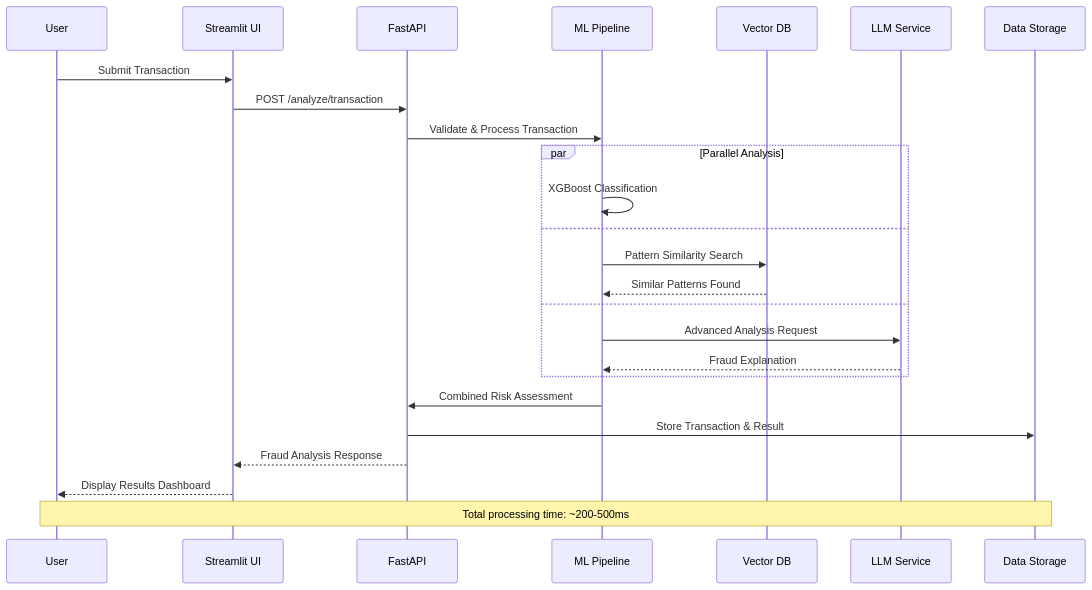
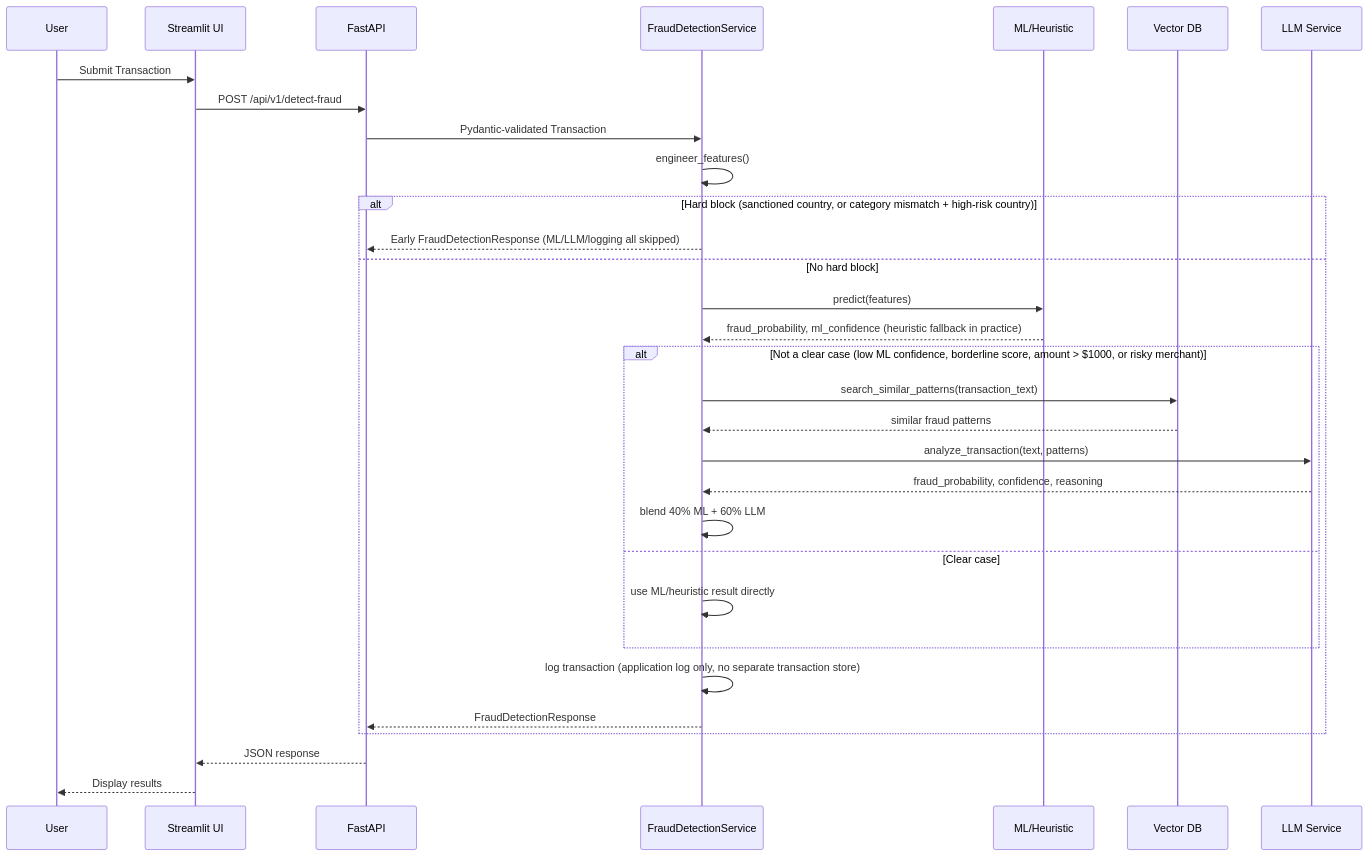
The third of 5 diagrams in MLProjects/creditcardfrauddetection/README.md (guruthanglearning/AILearning), drawn with Mermaid before and after one commit. The commit also changed other lines of this file, not shown here.

First line of the commit message:
Fix remaining creditcardfrauddetection architecture diagrams (#10)

````diff
--- a/MLProjects/creditcardfrauddetection/README.md
+++ b/MLProjects/creditcardfrauddetection/README.md
@@ -1697,33 +1697,38 @@
 ```mermaid
 sequenceDiagram
     participant User
     participant UI as Streamlit UI
     participant API as FastAPI
-    participant ML as ML Pipeline
+    participant Service as FraudDetectionService
+    participant ML as ML/Heuristic
     participant Vector as Vector DB
     participant LLM as LLM Service
-    participant DB as Data Storage
-    
+
     User->>UI: Submit Transaction
-    UI->>API: POST /analyze/transaction
-    
-    API->>ML: Validate & Process Transaction
-    
-    par Parallel Analysis
-        ML->>ML: XGBoost Classification
-        and
-        ML->>Vector: Pattern Similarity Search
-        Vector-->>ML: Similar Patterns Found
-        and
-        ML->>LLM: Advanced Analysis Request
-        LLM-->>ML: Fraud Explanation
+    UI->>API: POST /api/v1/detect-fraud
+    API->>Service: Pydantic-validated Transaction
+    Service->>Service: engineer_features()
+
+    alt Hard block (sanctioned country, or category mismatch + high-risk country)
+        Service-->>API: Early FraudDetectionResponse (ML/LLM/logging all skipped)
+    else No hard block
+        Service->>ML: predict(features)
+        ML-->>Service: fraud_probability, ml_confidence (heuristic fallback in practice)
+
+        alt Not a clear case (low ML confidence, borderline score, amount > $1000, or risky merchant)
+            Service->>Vector: search_similar_patterns(transaction_text)
+            Vector-->>Service: similar fraud patterns
+            Service->>LLM: analyze_transaction(text, patterns)
+            LLM-->>Service: fraud_probability, confidence, reasoning
+            Service->>Service: blend 40% ML + 60% LLM
+        else Clear case
+            Service->>Service: use ML/heuristic result directly
+        end
+
+        Service->>Service: log transaction (application log only, no separate transaction store)
+        Service-->>API: FraudDetectionResponse
     end
-    
-    ML->>API: Combined Risk Assessment
-    API->>DB: Store Transaction & Result
-    
-    API-->>UI: Fraud Analysis Response
-    UI-->>User: Display Results Dashboard
-    
-    Note over User,DB: Total processing time: ~200-500ms
+
+    API-->>UI: JSON response
+    UI-->>User: Display results
 ```
````
